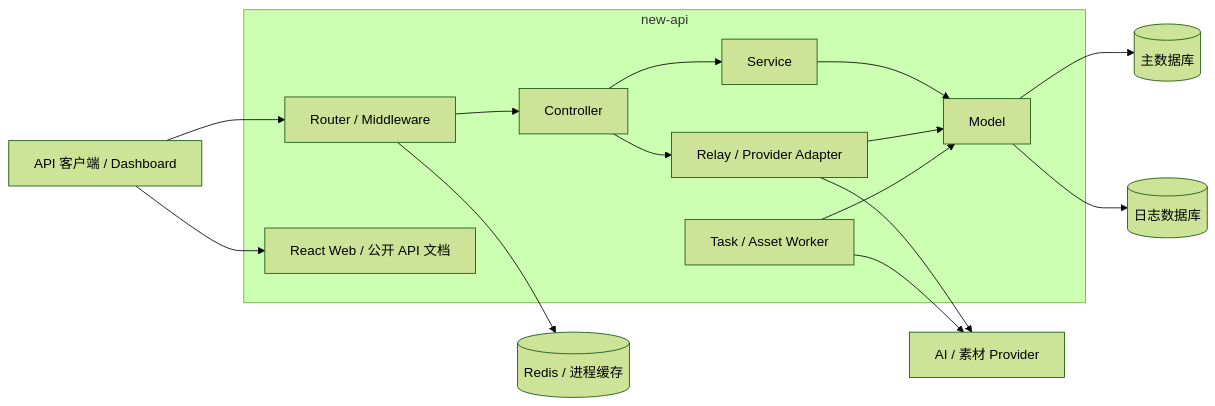
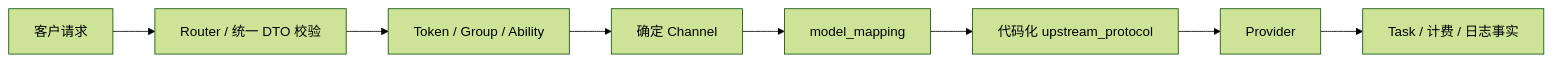
One commit to wuqiang44444444/new-api changed the diagram in docs/20-architecture/架构概览.md. Above: the diagram before and after it, drawn with Mermaid (forest theme). The commit also changed other lines of this file and 62 other files, not shown here.

First line of the commit message:
feat(mediaimage): implement media image task protocol with create and poll functionalities

````diff
--- a/docs/20-architecture/架构概览.md
+++ b/docs/20-architecture/架构概览.md
@@ -17,29 +25,10 @@
 ```mermaid
 flowchart LR
-    Client["API 客户端 / Dashboard"]
-
-    subgraph Gateway["new-api"]
-        Entry["Router / Middleware"]
-        Controller[Controller]
-        Service[Service]
-        Relay["Relay / Provider Adapter"]
-        Model[Model]
-        Worker["Task / Asset Worker"]
-        Web["React Web / 公开 API 文档"]
-    end
-
-    MainDB[(主数据库)]
-    LogDB[(日志数据库)]
-    Cache[(Redis / 进程缓存)]
-    Provider["AI / 素材 Provider"]
-
-    Client --> Entry --> Controller
-    Controller --> Service --> Model --> MainDB
-    Controller --> Relay --> Provider
-    Relay --> Model
-    Worker --> Model
-    Worker --> Provider
-    Entry --> Cache
-    Model --> LogDB
-    Client --> Web
+    C["客户请求"] --> R["Router / 统一 DTO 校验"]
+    R --> A["Token / Group / Ability"]
+    A --> CH["确定 Channel"]
+    CH --> MM["model_mapping"]
+    MM --> P["代码化 upstream_protocol"]
+    P --> U["Provider"]
+    U --> T["Task / 计费 / 日志事实"]
 ```
````
